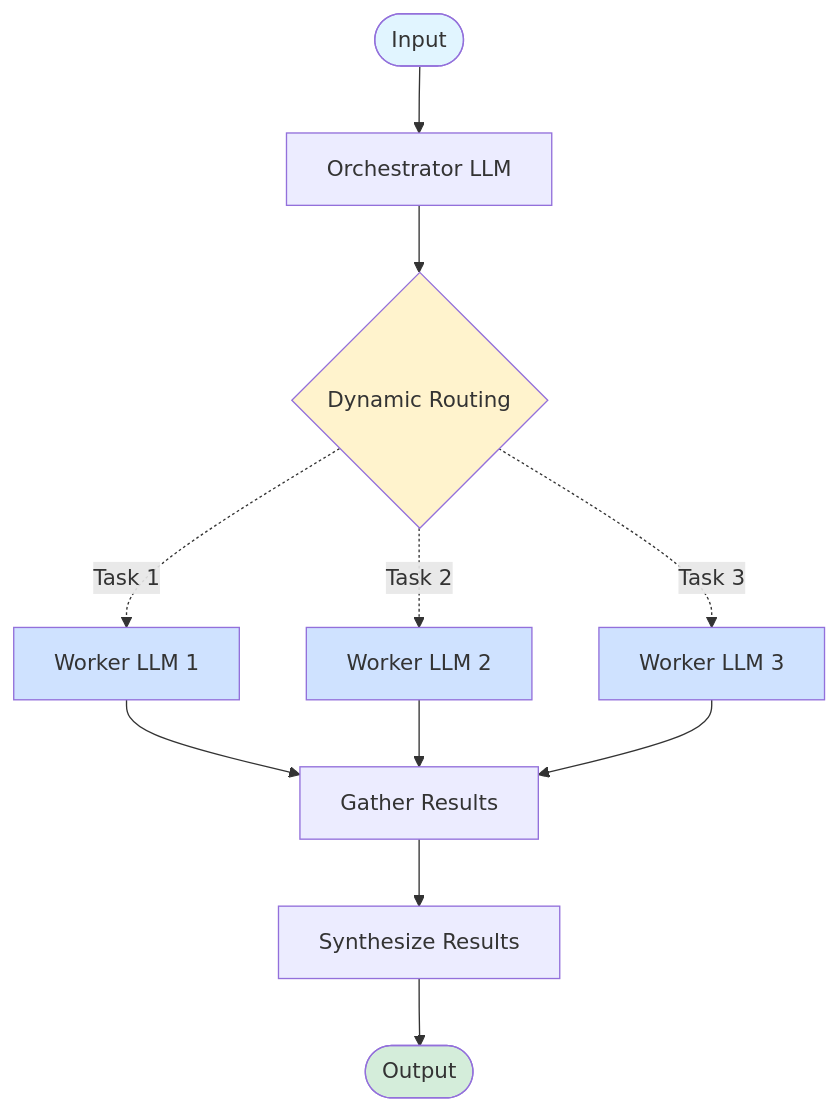
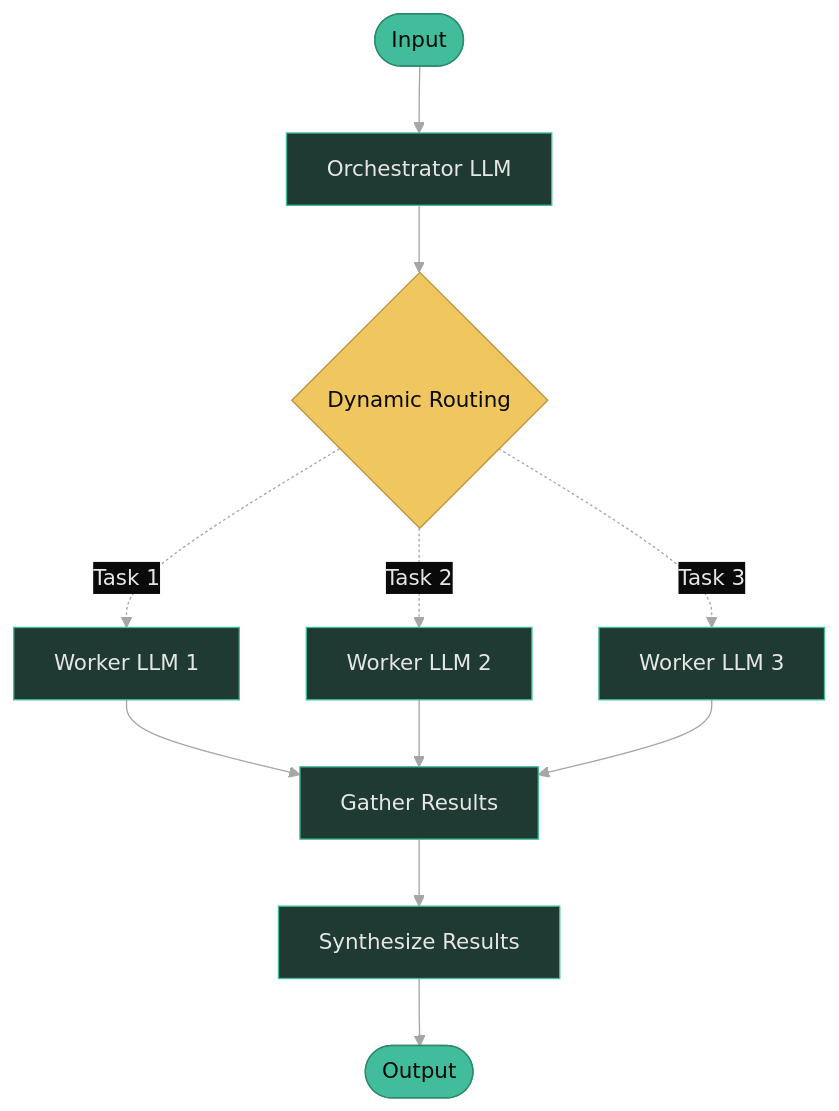
One commit to diagrid-labs/dapr-reliable-agentic-systems changed the diagram in .demo/slides/10-orchestrator-workers/10-02-diagram.md. Above: the diagram before and after it, drawn with Mermaid. The commit also changed 55 other files, not shown here.

````diff
--- a/.demo/slides/10-orchestrator-workers/10-02-diagram.md
+++ b/.demo/slides/10-orchestrator-workers/10-02-diagram.md
@@ -3,20 +3,21 @@
 ```mermaid
+%%{init: {"theme":"base","themeVariables":{"background":"#0a0a0a","primaryColor":"#1f3a32","primaryTextColor":"#e6e6e6","primaryBorderColor":"#41BD9B","lineColor":"#A6A6A6","secondaryColor":"#111315","tertiaryColor":"#111315","clusterBkg":"#111315","clusterBorder":"#41BD9B","titleColor":"#F0C75E","edgeLabelBackground":"#0a0a0a","noteBkgColor":"#111315","noteTextColor":"#e6e6e6","noteBorderColor":"#41BD9B","actorBkg":"#1f3a32","actorBorder":"#41BD9B","actorTextColor":"#e6e6e6","actorLineColor":"#A6A6A6","signalColor":"#A6A6A6","signalTextColor":"#e6e6e6","labelBoxBkgColor":"#0a0a0a","labelBoxBorderColor":"#41BD9B","labelTextColor":"#e6e6e6","loopTextColor":"#e6e6e6","altSectionBkgColor":"#111315","sectionBkgColor":"#111315","fontFamily":"Geist,sans-serif"}}}%%
 graph TD
     Start([Input]) --> A1[Orchestrator LLM]
     A1 --> Router{Dynamic Routing}
     Router -.->|Task 1| W1[Worker LLM 1]
     Router -.->|Task 2| W2[Worker LLM 2]
     Router -.->|Task 3| W3[Worker LLM 3]
     W1 --> Gather[Gather Results]
     W2 --> Gather
     W3 --> Gather
     Gather --> A3[Synthesize Results]
     A3 --> End([Output])
     
-    style Start fill:#e1f5ff
-    style Router fill:#fff3cd
-    style W1 fill:#cfe2ff
-    style W2 fill:#cfe2ff
-    style W3 fill:#cfe2ff
-    style End fill:#d4edda
+    style Start fill:#41BD9B,stroke:#2d8a70,color:#0a0a0a
+    style Router fill:#F0C75E,stroke:#b8943f,color:#0a0a0a
+    style W1 fill:#1f3a32,stroke:#41BD9B,color:#e6e6e6
+    style W2 fill:#1f3a32,stroke:#41BD9B,color:#e6e6e6
+    style W3 fill:#1f3a32,stroke:#41BD9B,color:#e6e6e6
+    style End fill:#41BD9B,stroke:#2d8a70,color:#0a0a0a
 ```
````
